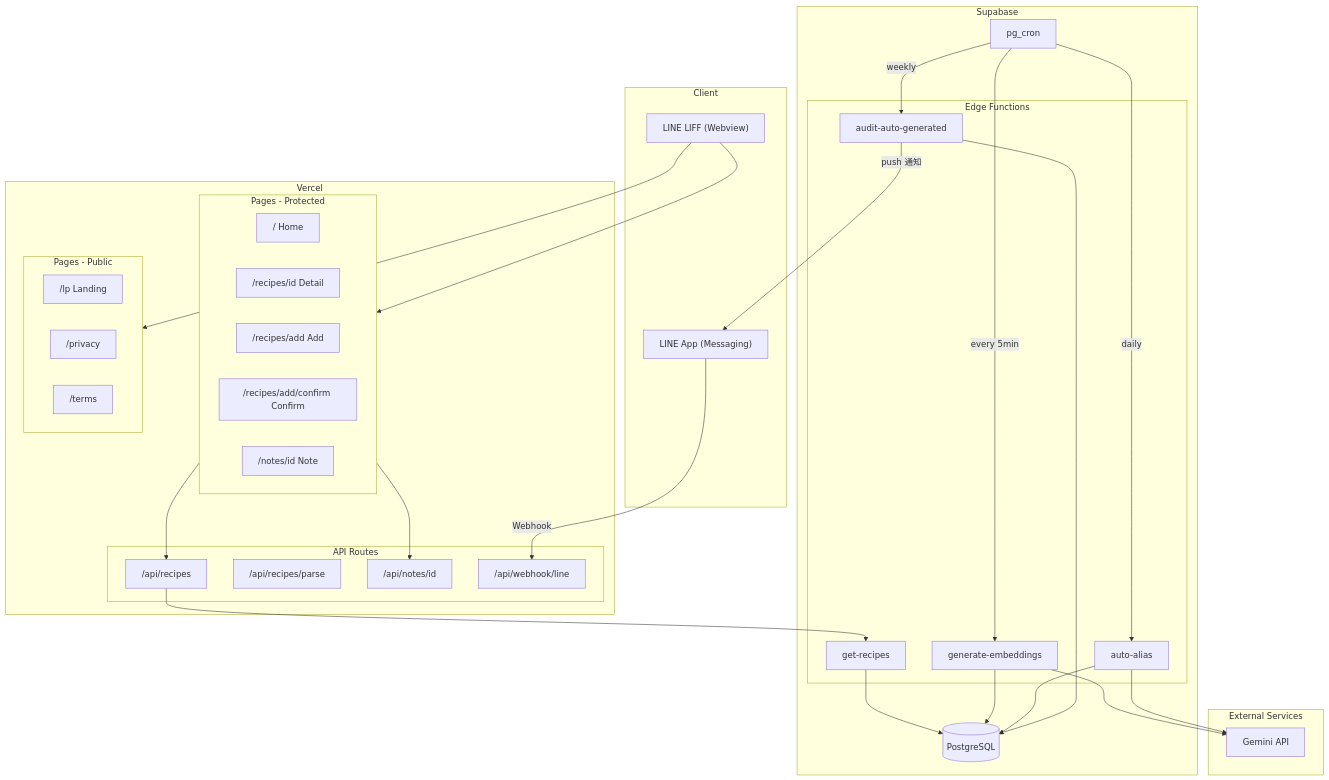
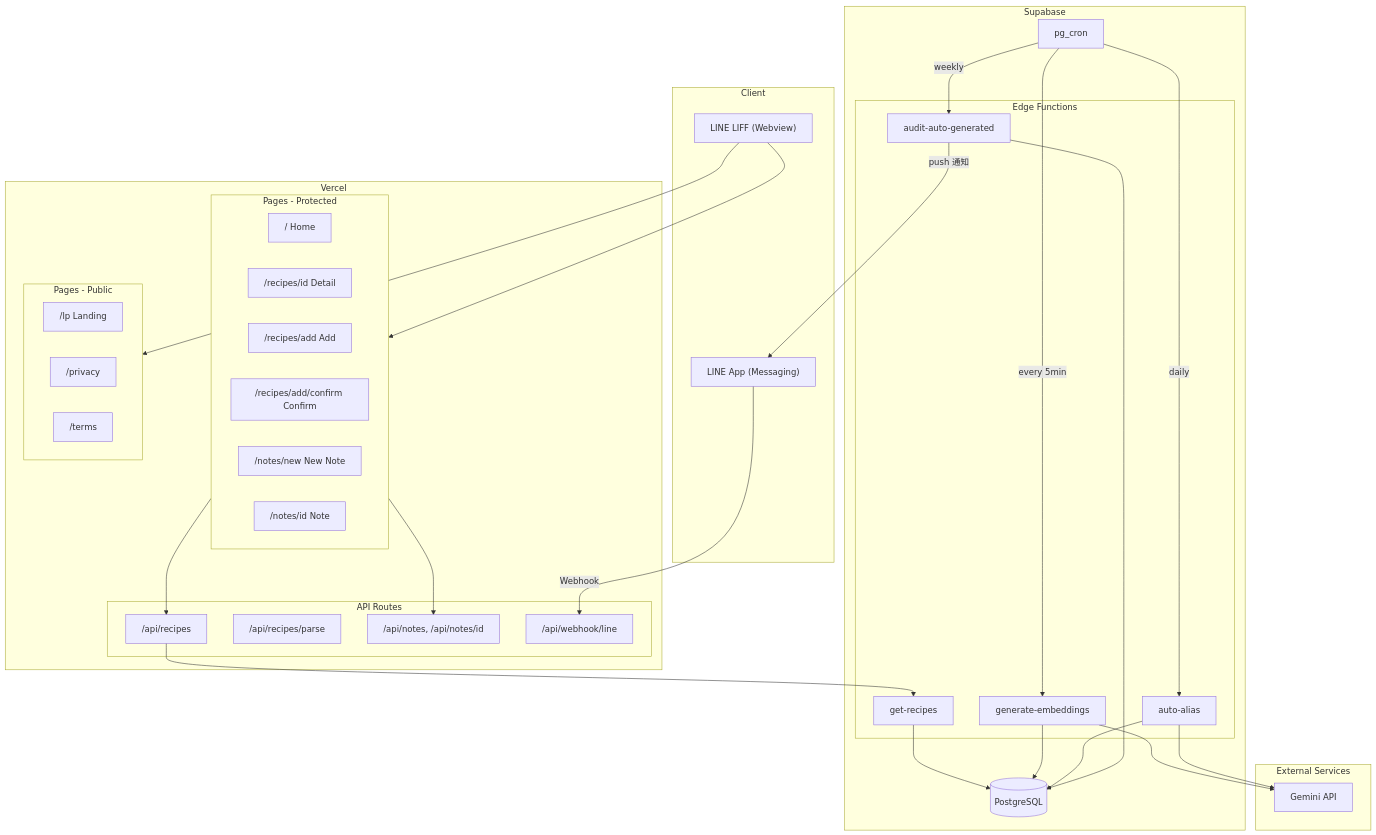
Before and after one commit to mktu/recipe-app: the first of 13 diagrams in docs/ARCHITECTURE.md, drawn with Mermaid. The commit also changed other lines of this file and 11 other files, not shown here.

````diff
--- a/docs/ARCHITECTURE.md
+++ b/docs/ARCHITECTURE.md
@@ -145,67 +145,68 @@
 ```mermaid
 graph TB
     subgraph Client["Client"]
         LIFF["LINE LIFF (Webview)"]
         LINEApp["LINE App (Messaging)"]
     end
 
     subgraph Vercel["Vercel"]
         subgraph Pages["Pages - Protected"]
             Home["/ Home"]
             Detail["/recipes/id Detail"]
             Add["/recipes/add Add"]
             Confirm["/recipes/add/confirm Confirm"]
+            NewNote["/notes/new New Note"]
             Note["/notes/id Note"]
         end
 
         subgraph Public["Pages - Public"]
             LP["/lp Landing"]
             Privacy["/privacy"]
             Terms["/terms"]
         end
 
         subgraph APIRoutes["API Routes"]
             RecipeAPI["/api/recipes"]
             ParseAPI["/api/recipes/parse"]
-            NoteAPI["/api/notes/id"]
+            NoteAPI["/api/notes, /api/notes/id"]
             WebhookAPI["/api/webhook/line"]
         end
     end
 
     subgraph Supabase["Supabase"]
         DB[("PostgreSQL")]
 
         subgraph EdgeFunctions["Edge Functions"]
             GetRecipes["get-recipes"]
             GenEmbed["generate-embeddings"]
             AutoAlias["auto-alias"]
             Audit["audit-auto-generated"]
         end
 
         Cron["pg_cron"]
     end
 
     subgraph External["External Services"]
         Gemini["Gemini API"]
     end
 
     LIFF --> Pages
     LIFF --> Public
     LINEApp -->|Webhook| WebhookAPI
 
     Pages --> RecipeAPI
     Pages --> NoteAPI
     RecipeAPI --> GetRecipes
 
     GetRecipes --> DB
     GenEmbed --> DB
     GenEmbed --> Gemini
     AutoAlias --> DB
     AutoAlias --> Gemini
     Audit --> DB
     Audit -->|push 通知| LINEApp
 
     Cron -->|every 5min| GenEmbed
     Cron -->|daily| AutoAlias
     Cron -->|weekly| Audit
 ```
````
